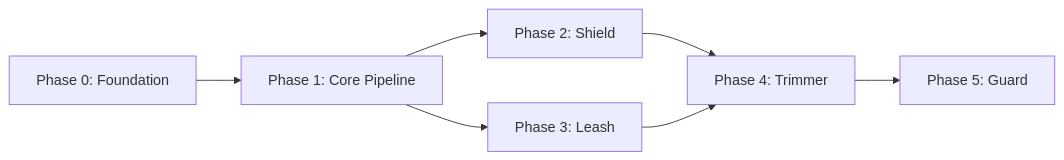
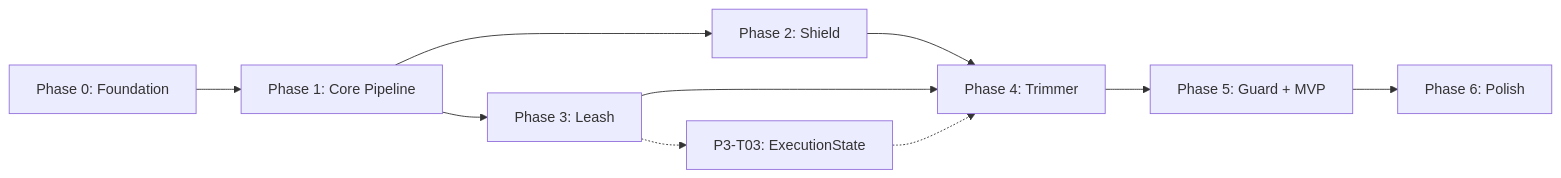
One commit to rai-agentic-toolkit/argent changed the diagram in BACKLOG.md. Above: the diagram before and after it, drawn with Mermaid. The commit also changed other lines of this file and 5 other files, not shown here.

````diff
--- a/BACKLOG.md
+++ b/BACKLOG.md
@@ -26,9 +27,14 @@
 ```mermaid
 flowchart LR
     P0[Phase 0: Foundation] --> P1[Phase 1: Core Pipeline]
     P1 --> P2[Phase 2: Shield]
     P1 --> P3[Phase 3: Leash]
     P2 --> P4[Phase 4: Trimmer]
     P3 --> P4
-    P4 --> P5[Phase 5: Guard]
+    P4 --> P5[Phase 5: Guard + MVP]
+    P5 --> P6[Phase 6: Polish]
+
+    P3T03[P3-T03: ExecutionState]:::parallel
+    P3 -.-> P3T03
+    P3T03 -.-> P4
 ```
````
